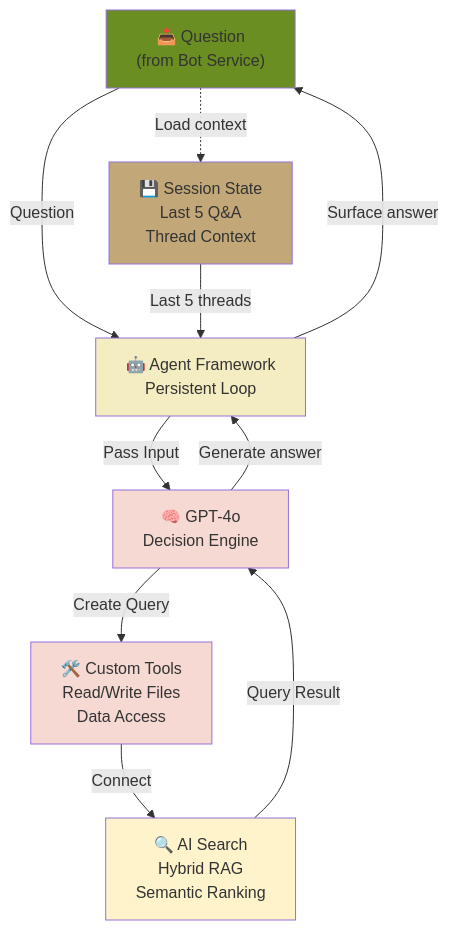
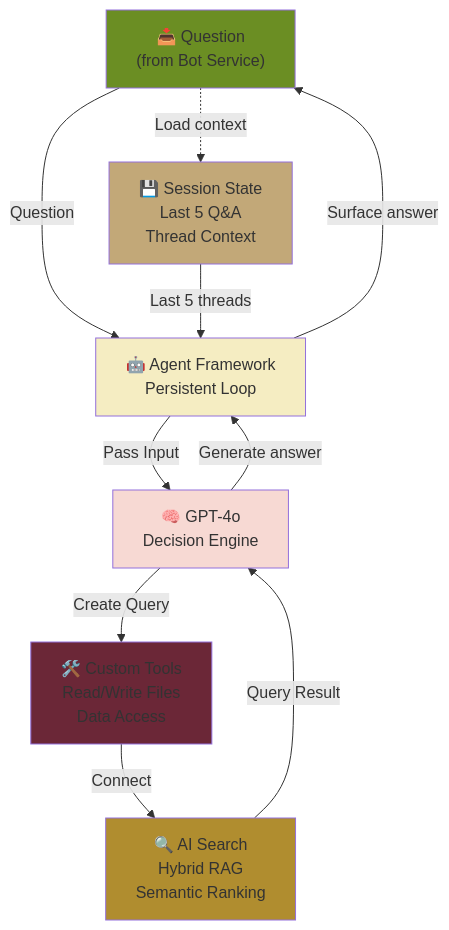
One commit to gabycb/rag-sample-copy changed the second of 3 diagrams in README.md. Above: the diagram before and after it, drawn with Mermaid.

Commit message:
Change styles for Tools and Search in README
Updated styles for Tools and Search in the diagram.

````diff
--- a/README.md
+++ b/README.md
@@ -74,33 +74,33 @@
 ```mermaid
 graph TB
     Input["📥 Question<br/>(from Bot Service)"]
     
     SessionMgr["💾 Session State<br/>Last 5 Q&A<br/>Thread Context"]
     
     Agent["🤖 Agent Framework<br/>Persistent Loop"]
     
     LLM["🧠 GPT-4o<br/>Decision Engine"]
     
     Tools["🛠️ Custom Tools<br/>Read/Write Files<br/>Data Access"]
     
     Search["🔍 AI Search<br/>Hybrid RAG<br/>Semantic Ranking"]
         
     Input -->|Question| Agent
     Input -.->|Load context| SessionMgr
     SessionMgr -->|Last 5 threads| Agent
     
     Agent -->|Pass Input| LLM
     LLM -->|Create Query| Tools
     Tools -->|Connect| Search
     Search -->|Query Result| LLM
     
     LLM -->|Generate answer| Agent
     Agent -->|Surface answer| Input
     
     style Input fill:#6B8E23
     style Agent fill:#F5EDC2
     style LLM fill:#F7D9D3
     style SessionMgr fill:#C2A878
-    style Tools fill:#F7D9D3
-    style Search fill:#FFF3CC
+    style Tools fill:#6B2737
+    style Search fill:#B08D2F
 ```
````
